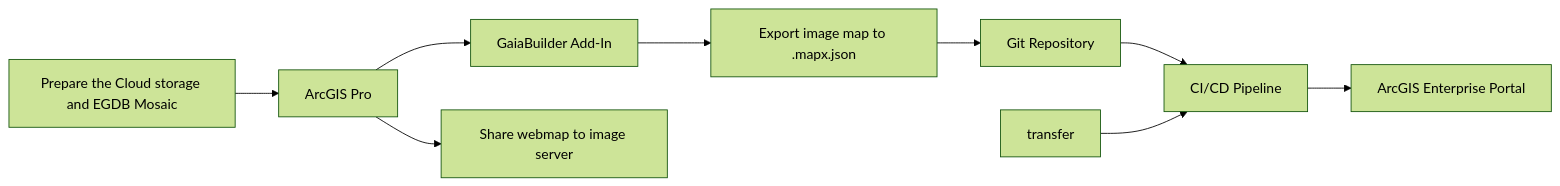
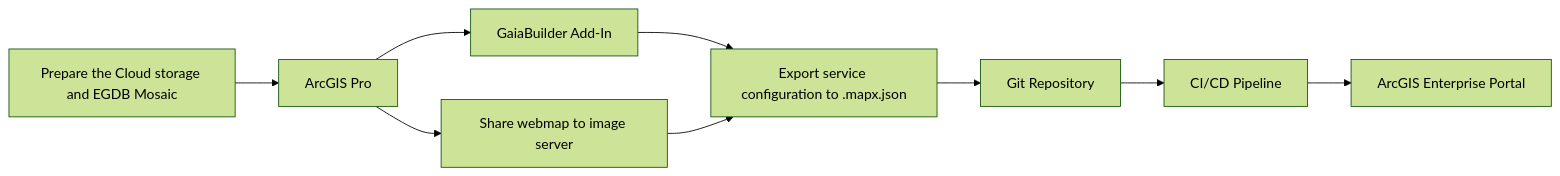
Before and after one commit to merkator-software/GaiaBuilder-manual: the diagram in Configuration_examples/Publishing an Image service Cloud Store and EGDB/README.md, drawn with Mermaid (forest theme). The commit also changed other lines of this file, not shown here.

````diff
--- a/Configuration_examples/Publishing an Image service Cloud Store and EGDB/README.md
+++ b/Configuration_examples/Publishing an Image service Cloud Store and EGDB/README.md
@@ -16,21 +16,21 @@
 ```mermaid
 graph LR
 
   prepare["Prepare the Cloud storage and EGDB Mosaic"]
   pro[ArcGIS Pro]
   addon[GaiaBuilder Add-In]
   git[Git Repository]
   pipeline[CI/CD Pipeline]
   portal[ArcGIS Enterprise Portal]
   image[Share webmap to image server]
-  mapx[Export image map to .mapx.json]
+  mapx[Export service configuration to .mapx.json]
 
   prepare --> pro
   pro --> image
   pro --> addon
   addon --> mapx
   mapx --> git
   git --> pipeline
-  transfer --> pipeline
+  image --> mapx
   pipeline --> portal
 ```
````
